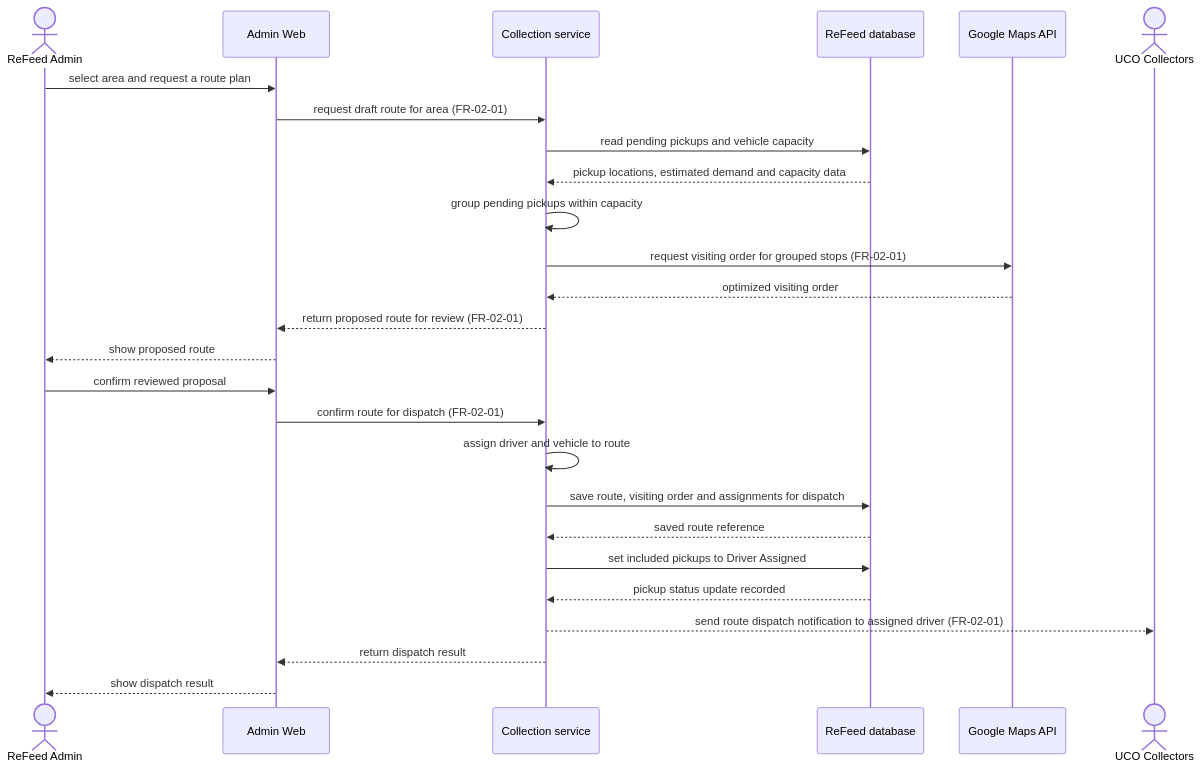
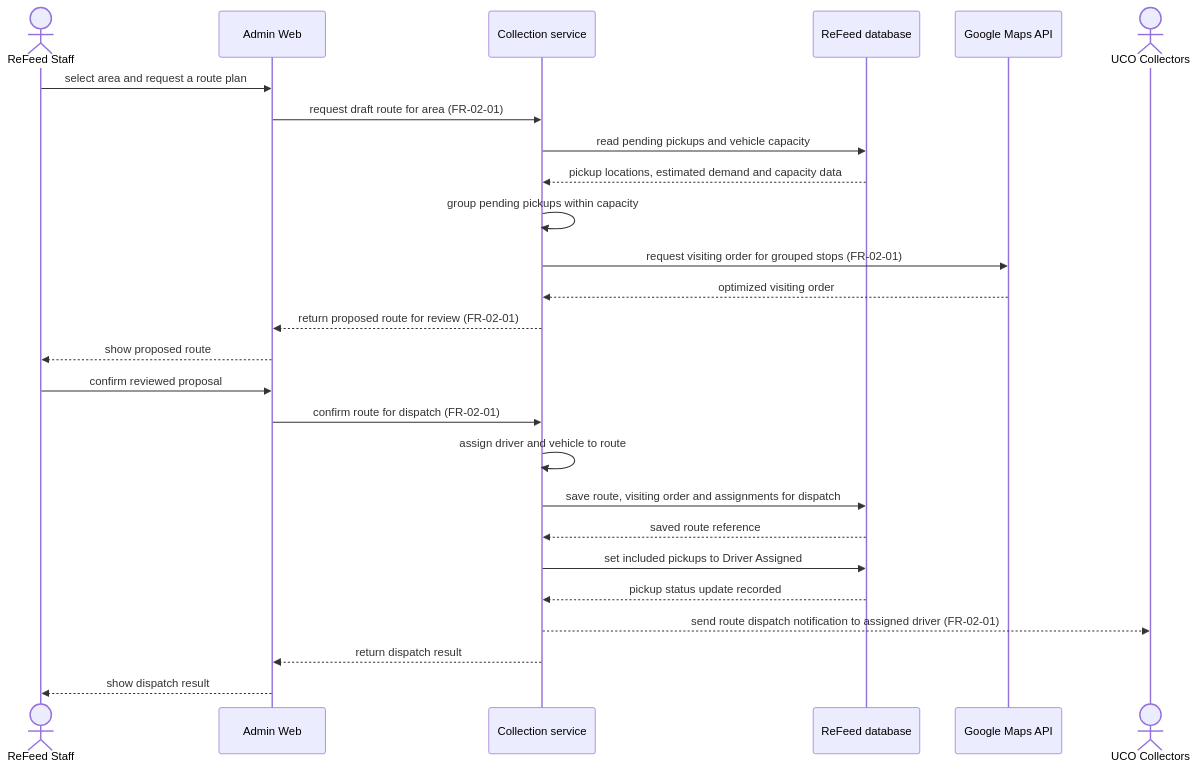
Before and after one commit to thuyvicbh-alt/DBIZ2---GROUP-D: the diagram in docs/use-case/SD-UC-05.md, drawn with Mermaid. The commit also changed other lines of this file, not shown here.

Commit message:
Modify primary actor and sequence diagram in use case
Updated primary actor from 'Operations Staff (W0/W1), represented by `ReFeed Admin`' to 'ReFeed Staff'. Changed actor in sequence diagram accordingly.

````diff
--- a/docs/use-case/SD-UC-05.md
+++ b/docs/use-case/SD-UC-05.md
@@ -14,29 +14,29 @@
 ```mermaid
 sequenceDiagram
-  actor O as ReFeed Admin
+  actor O as ReFeed Staff
   participant W as Admin Web
   participant C as Collection service
   participant D as ReFeed database
   participant M as Google Maps API
   actor U as UCO Collectors
 
   O->>W: select area and request a route plan
   W->>C: request draft route for area (FR-02-01)
   C->>D: read pending pickups and vehicle capacity
   D-->>C: pickup locations, estimated demand and capacity data
   C->>C: group pending pickups within capacity
   C->>M: request visiting order for grouped stops (FR-02-01)
   M-->>C: optimized visiting order
   C-->>W: return proposed route for review (FR-02-01)
   W-->>O: show proposed route
   O->>W: confirm reviewed proposal
   W->>C: confirm route for dispatch (FR-02-01)
   C->>C: assign driver and vehicle to route
   C->>D: save route, visiting order and assignments for dispatch
   D-->>C: saved route reference
   C->>D: set included pickups to Driver Assigned
   D-->>C: pickup status update recorded
   C-->>U: send route dispatch notification to assigned driver (FR-02-01)
   C-->>W: return dispatch result
   W-->>O: show dispatch result
 ```
````
